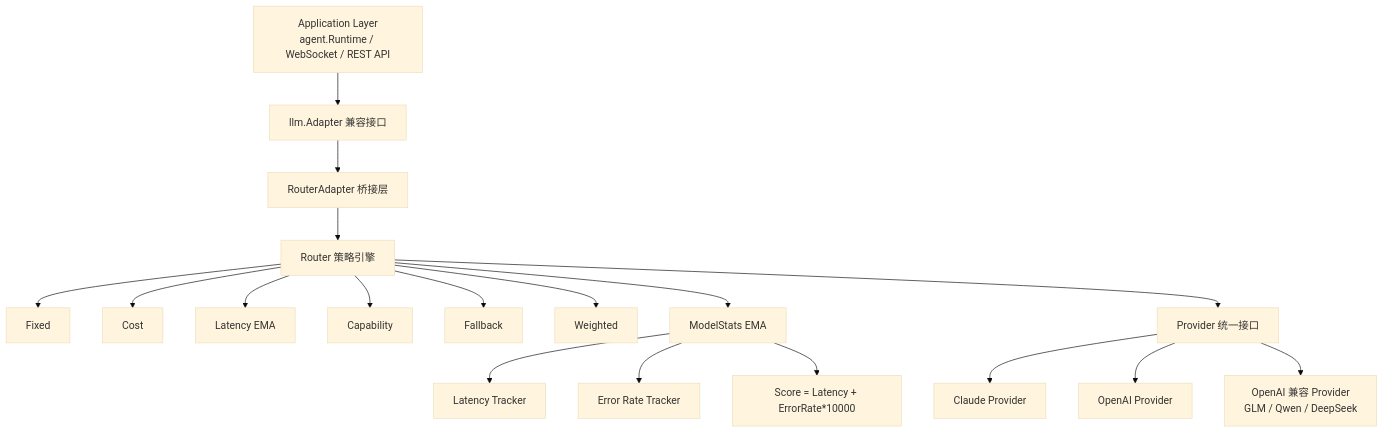
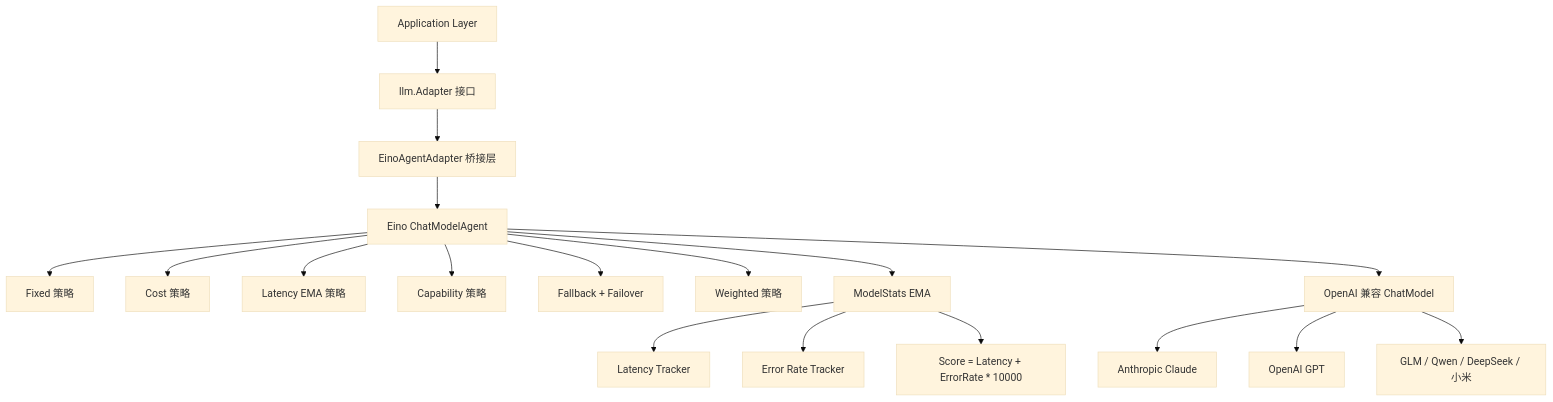
One commit to qjm134-source/taohuawu changed the second of 4 diagrams in backend/README.md. Above: the diagram before and after it, drawn with Mermaid (base theme). The commit also changed other lines of this file and 5 other files, not shown here.

````diff
--- a/backend/README.md
+++ b/backend/README.md
@@ -106,20 +109,20 @@
 ```mermaid
 graph TB
-    A[Application Layer<br/>agent.Runtime / WebSocket / REST API] --> B[llm.Adapter 兼容接口]
-    B --> C[RouterAdapter 桥接层]
-    C --> D[Router 策略引擎]
-    D --> E[Fixed]
-    D --> F[Cost]
-    D --> G[Latency EMA]
-    D --> H[Capability]
-    D --> I[Fallback]
-    D --> J[Weighted]
-    D --> K[ModelStats EMA]
-    K --> L[Latency Tracker]
-    K --> M[Error Rate Tracker]
-    K --> N[Score = Latency + ErrorRate*10000]
-    D --> O[Provider 统一接口]
-    O --> P[Claude Provider]
-    O --> Q[OpenAI Provider]
-    O --> R[OpenAI 兼容 Provider<br/>GLM / Qwen / DeepSeek]
+    A["Application Layer"] --> B["llm.Adapter 接口"]
+    B --> C["EinoAgentAdapter 桥接层"]
+    C --> D["Eino ChatModelAgent"]
+    D --> E["Fixed 策略"]
+    D --> F["Cost 策略"]
+    D --> G["Latency EMA 策略"]
+    D --> H["Capability 策略"]
+    D --> I["Fallback + Failover"]
+    D --> J["Weighted 策略"]
+    D --> K["ModelStats EMA"]
+    K --> L["Latency Tracker"]
+    K --> M["Error Rate Tracker"]
+    K --> N["Score = Latency + ErrorRate * 10000"]
+    D --> O["OpenAI 兼容 ChatModel"]
+    O --> P["Anthropic Claude"]
+    O --> Q["OpenAI GPT"]
+    O --> R["GLM / Qwen / DeepSeek / 小米"]
 ```
````
